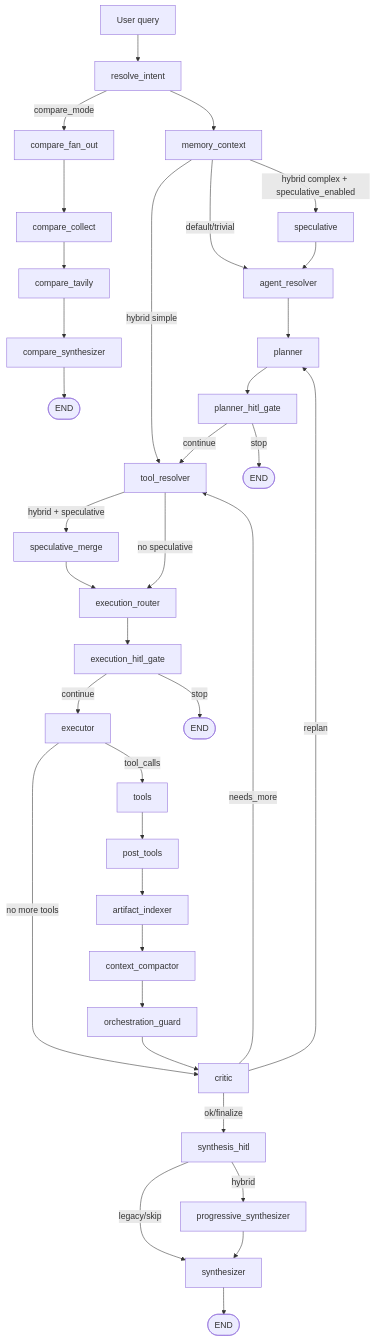
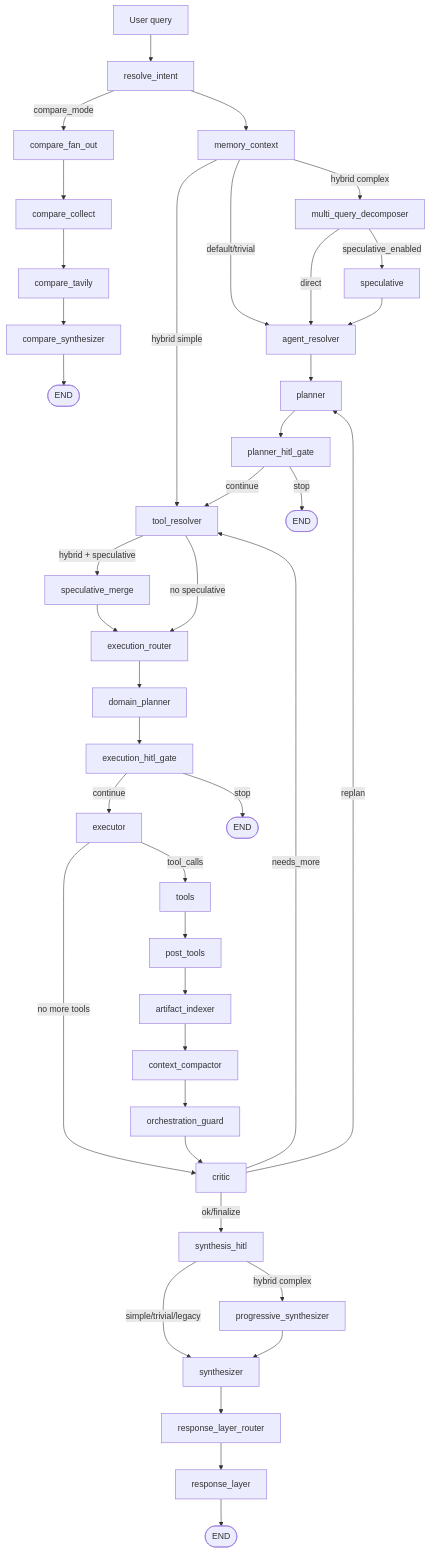
One commit to robinandreeklund-collab/oneseekv1 changed the second of 3 diagrams in README.md. Above: the diagram before and after it, drawn with Mermaid. The commit also changed other lines of this file and 11 other files, not shown here.

First line of the commit message:
feat: implement Sprint P3 — multi-query decomposer for complex queries

````diff
--- a/README.md
+++ b/README.md
@@ -459,47 +479,52 @@
 ```mermaid
 flowchart TD
     U[User query] --> RI[resolve_intent]
 
     RI -->|compare_mode| CF[compare_fan_out]
     CF --> CLC[compare_collect]
     CLC --> CT[compare_tavily]
     CT --> CS[compare_synthesizer]
     CS --> END1([END])
 
     RI --> MC[memory_context]
 
-    MC -->|hybrid complex + speculative_enabled| SP[speculative]
+    MC -->|hybrid complex| MQD[multi_query_decomposer]
     MC -->|hybrid simple| TR[tool_resolver]
     MC -->|default/trivial| AR[agent_resolver]
 
+    MQD -->|speculative_enabled| SP[speculative]
+    MQD -->|direct| AR
     SP --> AR
     AR --> PL[planner]
     PL --> PH[planner_hitl_gate]
     PH -->|continue| TR
     PH -->|stop| END2([END])
 
     TR -->|hybrid + speculative| SM[speculative_merge]
     SM --> ER[execution_router]
     TR -->|no speculative| ER
 
-    ER --> EH[execution_hitl_gate]
+    ER --> DP[domain_planner]
+    DP --> EH[execution_hitl_gate]
     EH -->|continue| EX[executor]
     EH -->|stop| END3([END])
 
     EX -->|tool_calls| TOOLS[tools]
     EX -->|no more tools| CR[critic]
     TOOLS --> PT[post_tools]
     PT --> AI[artifact_indexer]
     AI --> CMP[context_compactor]
     CMP --> OG[orchestration_guard]
     OG --> CR
 
     CR -->|ok/finalize| SH[synthesis_hitl]
     CR -->|needs_more| TR
     CR -->|replan| PL
 
-    SH -->|hybrid| PS[progressive_synthesizer]
-    SH -->|legacy/skip| SY[synthesizer]
+    SH -->|hybrid complex| PS[progressive_synthesizer]
+    SH -->|simple/trivial/legacy| SY[synthesizer]
     PS --> SY
-    SY --> END4([END])
+    SY --> RLR[response_layer_router]
+    RLR --> RL[response_layer]
+    RL --> END4([END])
 ```
````
